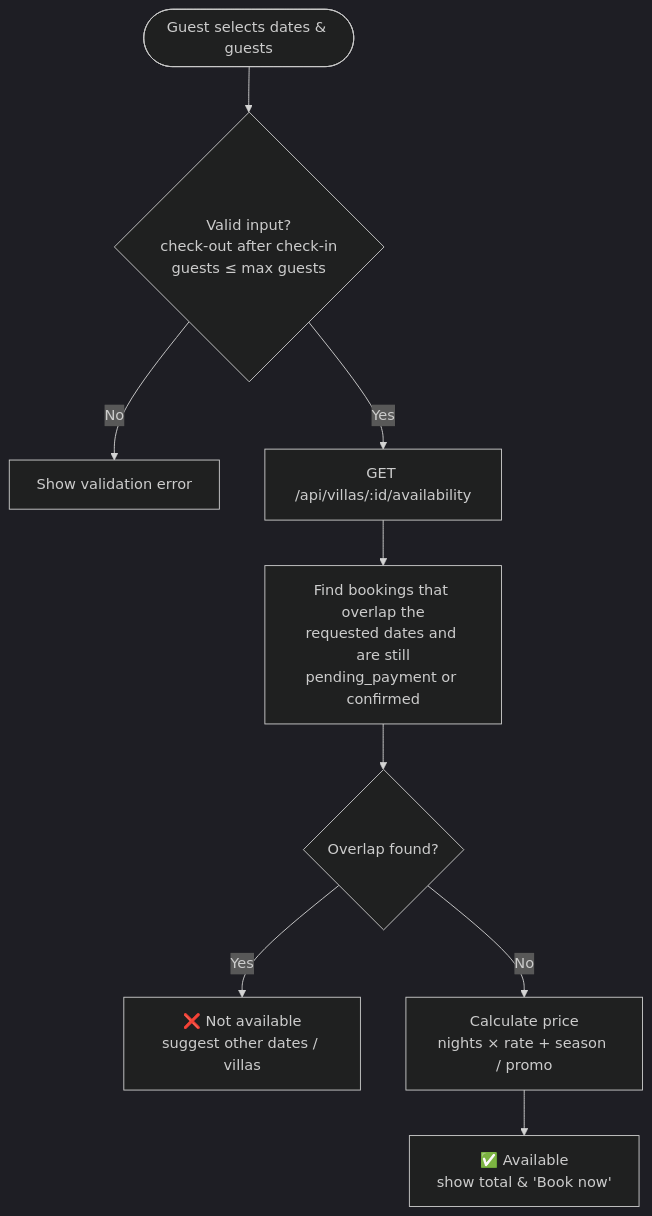
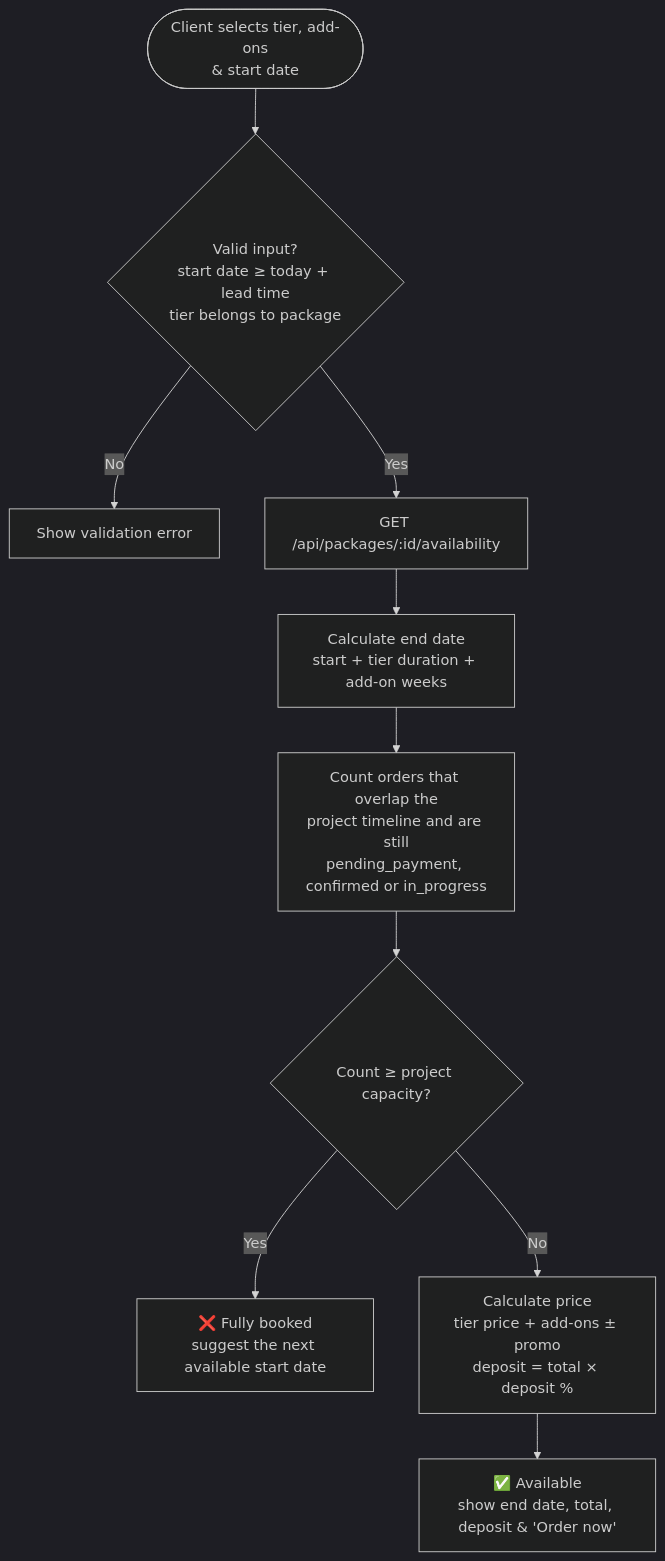
The fourth of 9 diagrams in docs/flows.md (AnggaWikaNugraha/fullstack-company-profile), drawn with Mermaid (dark theme) before and after one commit. The commit also changed other lines of this file and 6 other files, not shown here.

````diff
--- a/docs/flows.md
+++ b/docs/flows.md
@@ -114,11 +116,12 @@
 ```mermaid
 flowchart TD
-    A(["Guest selects dates & guests"]) --> V{"Valid input?<br/>check-out after check-in<br/>guests ≤ max guests"}
+    A(["Client selects tier, add-ons<br/>& start date"]) --> V{"Valid input?<br/>start date ≥ today + lead time<br/>tier belongs to package"}
     V -- "No" --> Err["Show validation error"]
-    V -- "Yes" --> Call["GET /api/villas/:id/availability"]
-    Call --> Q["Find bookings that overlap the<br/>requested dates and are still<br/>pending_payment or confirmed"]
-    Q --> Found{"Overlap found?"}
-    Found -- "Yes" --> NA["❌ Not available<br/>suggest other dates / villas"]
-    Found -- "No" --> Price["Calculate price<br/>nights × rate + season / promo"]
-    Price --> OK["✅ Available<br/>show total & 'Book now'"]
+    V -- "Yes" --> Call["GET /api/packages/:id/availability"]
+    Call --> End["Calculate end date<br/>start + tier duration + add-on weeks"]
+    End --> Q["Count orders that overlap the<br/>project timeline and are still<br/>pending_payment, confirmed or in_progress"]
+    Q --> Full{"Count ≥ project capacity?"}
+    Full -- "Yes" --> NA["❌ Fully booked<br/>suggest the next available start date"]
+    Full -- "No" --> Price["Calculate price<br/>tier price + add-ons ± promo<br/>deposit = total × deposit %"]
+    Price --> OK["✅ Available<br/>show end date, total, deposit & 'Order now'"]
 ```
````
